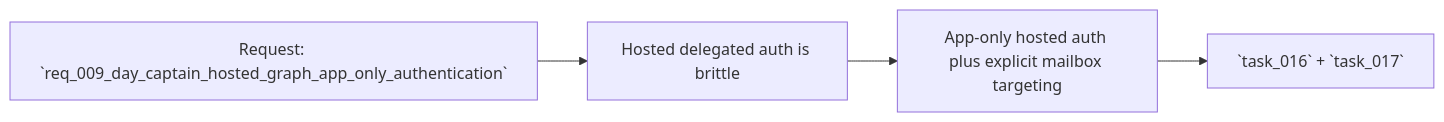
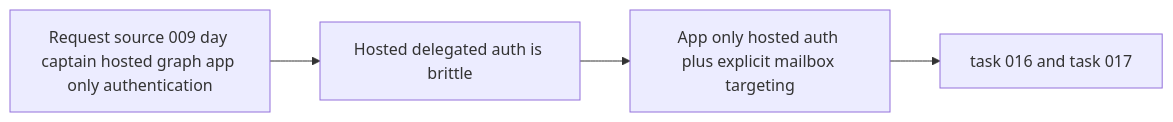
The diagram in logics/backlog/item_009_day_captain_hosted_graph_app_only_authentication.md (AlexAgo83/day-captain), drawn with Mermaid before and after one commit. The commit also changed 40 other files, not shown here.

Commit message:
Normalize Logics Mermaid diagrams

````diff
--- a/logics/backlog/item_009_day_captain_hosted_graph_app_only_authentication.md
+++ b/logics/backlog/item_009_day_captain_hosted_graph_app_only_authentication.md
@@ -29,6 +29,6 @@
 ```mermaid
 flowchart LR
-    Req[Request: `req_009_day_captain_hosted_graph_app_only_authentication`] --> Problem[Hosted delegated auth is brittle]
-    Problem --> Scope[App-only hosted auth plus explicit mailbox targeting]
-    Scope --> Tasks[`task_016` + `task_017`]
+    Req[Request source 009 day captain hosted graph app only authentication] --> Problem[Hosted delegated auth is brittle]
+    Problem --> Scope[App only hosted auth plus explicit mailbox targeting]
+    Scope --> Tasks[task 016 and task 017]
 ```
````
